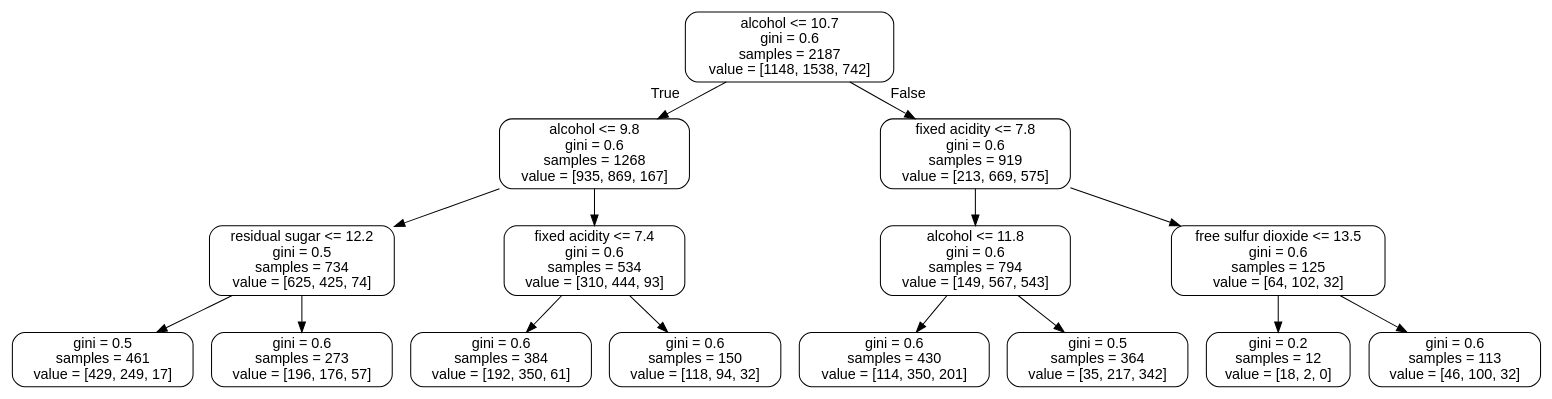
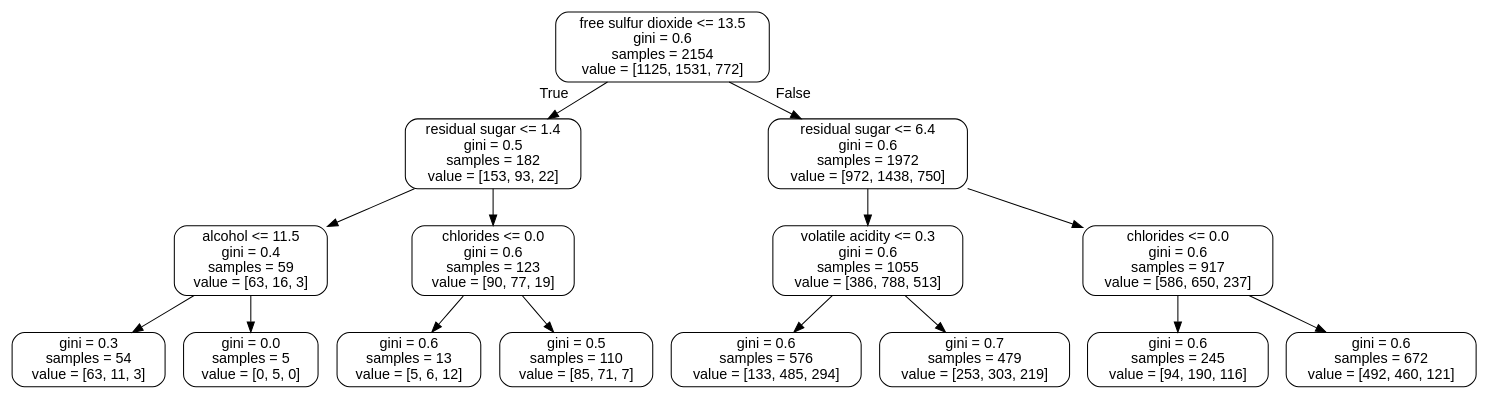
Before and after one commit to killianmeehan/Wine-analysis: the diagram in small_tree.dot, drawn with Graphviz. The commit also changed 52 other files, not shown here.

```diff
--- a/small_tree.dot
+++ b/small_tree.dot
@@ -1,33 +1,33 @@
 digraph Tree {
 node [shape=box, style="rounded", color="black", fontname=helvetica] ;
 edge [fontname=helvetica] ;
-0 [label="alcohol <= 10.7\ngini = 0.6\nsamples = 2187\nvalue = [1148, 1538, 742]"] ;
-1 [label="alcohol <= 9.8\ngini = 0.6\nsamples = 1268\nvalue = [935, 869, 167]"] ;
+0 [label="free sulfur dioxide <= 13.5\ngini = 0.6\nsamples = 2154\nvalue = [1125, 1531, 772]"] ;
+1 [label="residual sugar <= 1.4\ngini = 0.5\nsamples = 182\nvalue = [153, 93, 22]"] ;
 0 -> 1 [labeldistance=2.5, labelangle=45, headlabel="True"] ;
-2 [label="residual sugar <= 12.2\ngini = 0.5\nsamples = 734\nvalue = [625, 425, 74]"] ;
+2 [label="alcohol <= 11.5\ngini = 0.4\nsamples = 59\nvalue = [63, 16, 3]"] ;
 1 -> 2 ;
-3 [label="gini = 0.5\nsamples = 461\nvalue = [429, 249, 17]"] ;
+3 [label="gini = 0.3\nsamples = 54\nvalue = [63, 11, 3]"] ;
 2 -> 3 ;
-4 [label="gini = 0.6\nsamples = 273\nvalue = [196, 176, 57]"] ;
+4 [label="gini = 0.0\nsamples = 5\nvalue = [0, 5, 0]"] ;
 2 -> 4 ;
-5 [label="fixed acidity <= 7.4\ngini = 0.6\nsamples = 534\nvalue = [310, 444, 93]"] ;
+5 [label="chlorides <= 0.0\ngini = 0.6\nsamples = 123\nvalue = [90, 77, 19]"] ;
 1 -> 5 ;
-6 [label="gini = 0.6\nsamples = 384\nvalue = [192, 350, 61]"] ;
+6 [label="gini = 0.6\nsamples = 13\nvalue = [5, 6, 12]"] ;
 5 -> 6 ;
-7 [label="gini = 0.6\nsamples = 150\nvalue = [118, 94, 32]"] ;
+7 [label="gini = 0.5\nsamples = 110\nvalue = [85, 71, 7]"] ;
 5 -> 7 ;
-8 [label="fixed acidity <= 7.8\ngini = 0.6\nsamples = 919\nvalue = [213, 669, 575]"] ;
+8 [label="residual sugar <= 6.4\ngini = 0.6\nsamples = 1972\nvalue = [972, 1438, 750]"] ;
 0 -> 8 [labeldistance=2.5, labelangle=-45, headlabel="False"] ;
-9 [label="alcohol <= 11.8\ngini = 0.6\nsamples = 794\nvalue = [149, 567, 543]"] ;
+9 [label="volatile acidity <= 0.3\ngini = 0.6\nsamples = 1055\nvalue = [386, 788, 513]"] ;
 8 -> 9 ;
-10 [label="gini = 0.6\nsamples = 430\nvalue = [114, 350, 201]"] ;
+10 [label="gini = 0.6\nsamples = 576\nvalue = [133, 485, 294]"] ;
 9 -> 10 ;
-11 [label="gini = 0.5\nsamples = 364\nvalue = [35, 217, 342]"] ;
+11 [label="gini = 0.7\nsamples = 479\nvalue = [253, 303, 219]"] ;
 9 -> 11 ;
-12 [label="free sulfur dioxide <= 13.5\ngini = 0.6\nsamples = 125\nvalue = [64, 102, 32]"] ;
+12 [label="chlorides <= 0.0\ngini = 0.6\nsamples = 917\nvalue = [586, 650, 237]"] ;
 8 -> 12 ;
-13 [label="gini = 0.2\nsamples = 12\nvalue = [18, 2, 0]"] ;
+13 [label="gini = 0.6\nsamples = 245\nvalue = [94, 190, 116]"] ;
 12 -> 13 ;
-14 [label="gini = 0.6\nsamples = 113\nvalue = [46, 100, 32]"] ;
+14 [label="gini = 0.6\nsamples = 672\nvalue = [492, 460, 121]"] ;
 12 -> 14 ;
 }
```
